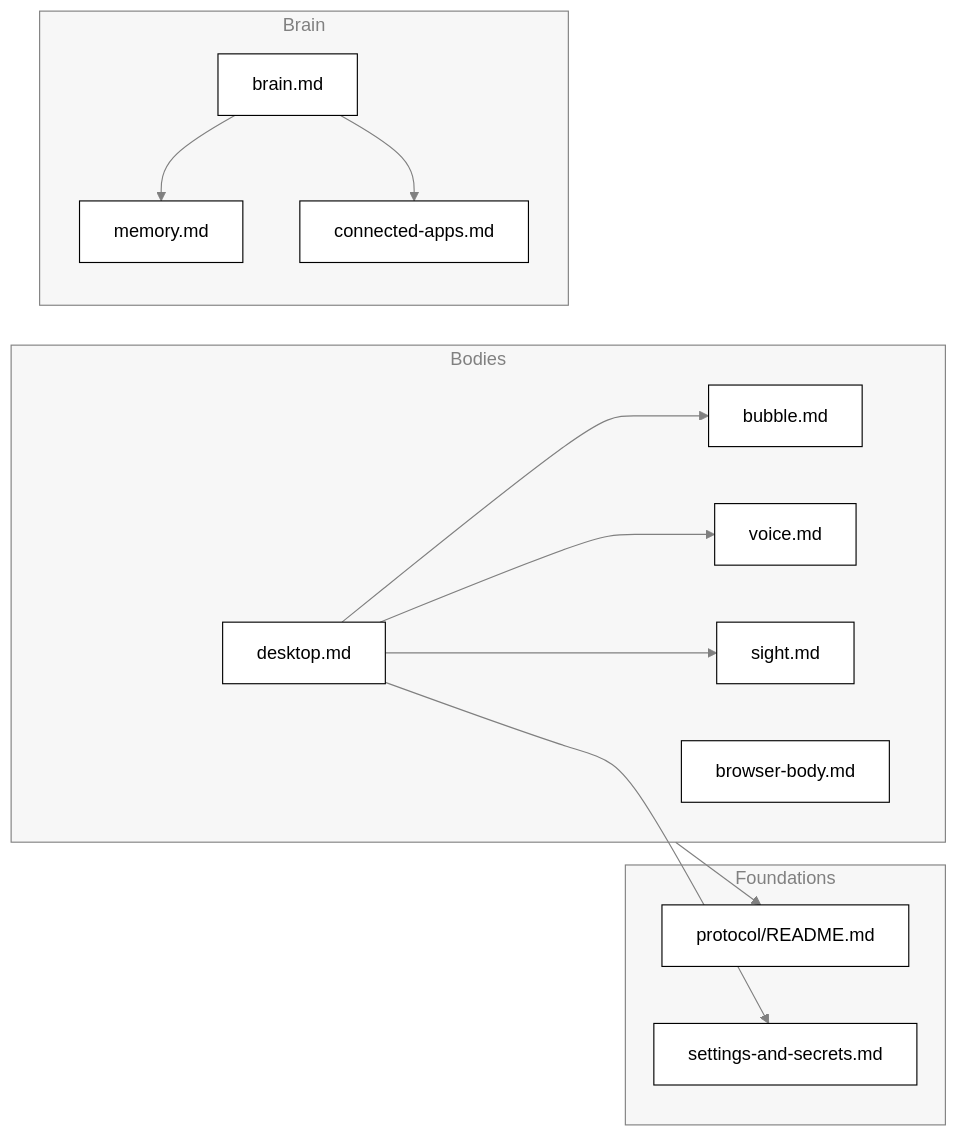
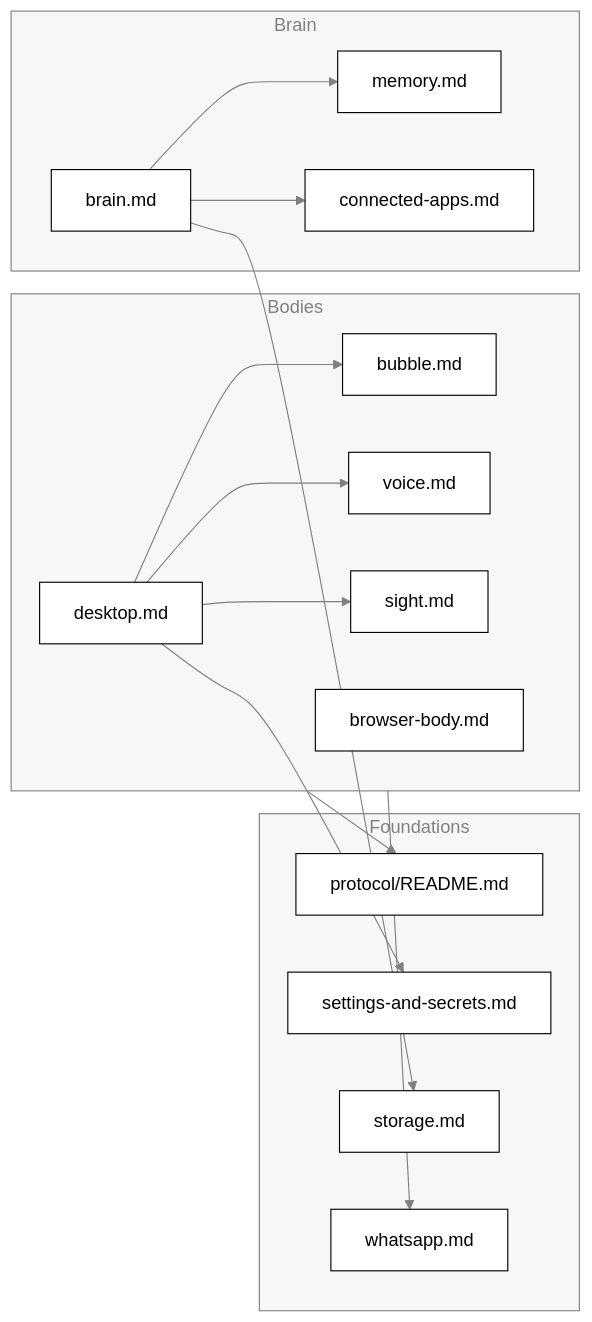
One commit to nadeem4/tagalong changed the fourth of 4 diagrams in docs/architecture.md. Above: the diagram before and after it, drawn with Mermaid. The commit also changed other lines of this file and 7 other files, not shown here.

First line of the commit message:
docs: attention framework architecture, docs sweep and dead-code check (F21) (#374)

````diff
--- a/docs/architecture.md
+++ b/docs/architecture.md
@@ -181,27 +211,31 @@
 ```mermaid
 %%{init: {"theme": "base", "themeVariables": {"primaryColor": "#ffffff", "primaryTextColor": "#000000", "primaryBorderColor": "#000000", "lineColor": "#808080", "arrowheadColor": "#808080", "secondaryColor": "#f2f2f2", "tertiaryColor": "#ffffff", "clusterBkg": "#f7f7f7", "clusterBorder": "#808080", "edgeLabelBackground": "#ffffff", "titleColor": "#808080", "actorBkg": "#ffffff", "actorBorder": "#000000", "actorTextColor": "#000000", "actorLineColor": "#808080", "signalColor": "#808080", "signalTextColor": "#808080", "sequenceNumberColor": "#ffffff", "labelBoxBkgColor": "#ffffff", "labelBoxBorderColor": "#808080", "labelTextColor": "#000000", "loopTextColor": "#808080", "noteBkgColor": "#f7f7f7", "noteBorderColor": "#808080", "noteTextColor": "#000000", "activationBkgColor": "#f7f7f7", "activationBorderColor": "#808080", "fontFamily": "Segoe UI, Helvetica, Arial, sans-serif"}}}%%
 flowchart LR
   subgraph Bodies
     DK["desktop.md"]
     BU["bubble.md"]
     VO["voice.md"]
     SI["sight.md"]
     BX["browser-body.md"]
   end
   subgraph Brain
     BR["brain.md"]
     ME["memory.md"]
     CA["connected-apps.md"]
   end
   subgraph Foundations
     PR["protocol/README.md"]
     SS["settings-and-secrets.md"]
+    ST["storage.md"]
+    WA["whatsapp.md"]
   end
   DK --> BU
   DK --> VO
   DK --> SI
   BR --> ME
   BR --> CA
   Bodies --> PR
   DK --> SS
+  BR --> ST
+  Bodies --> WA
 ```
````
